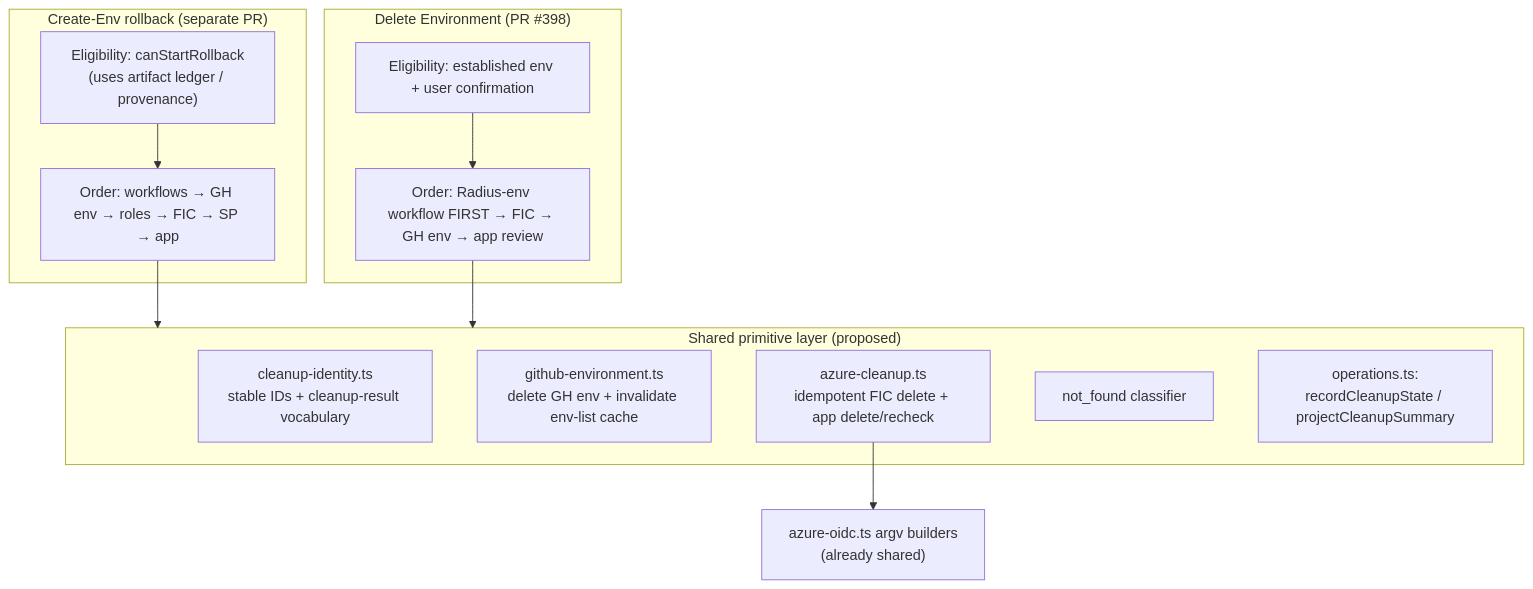
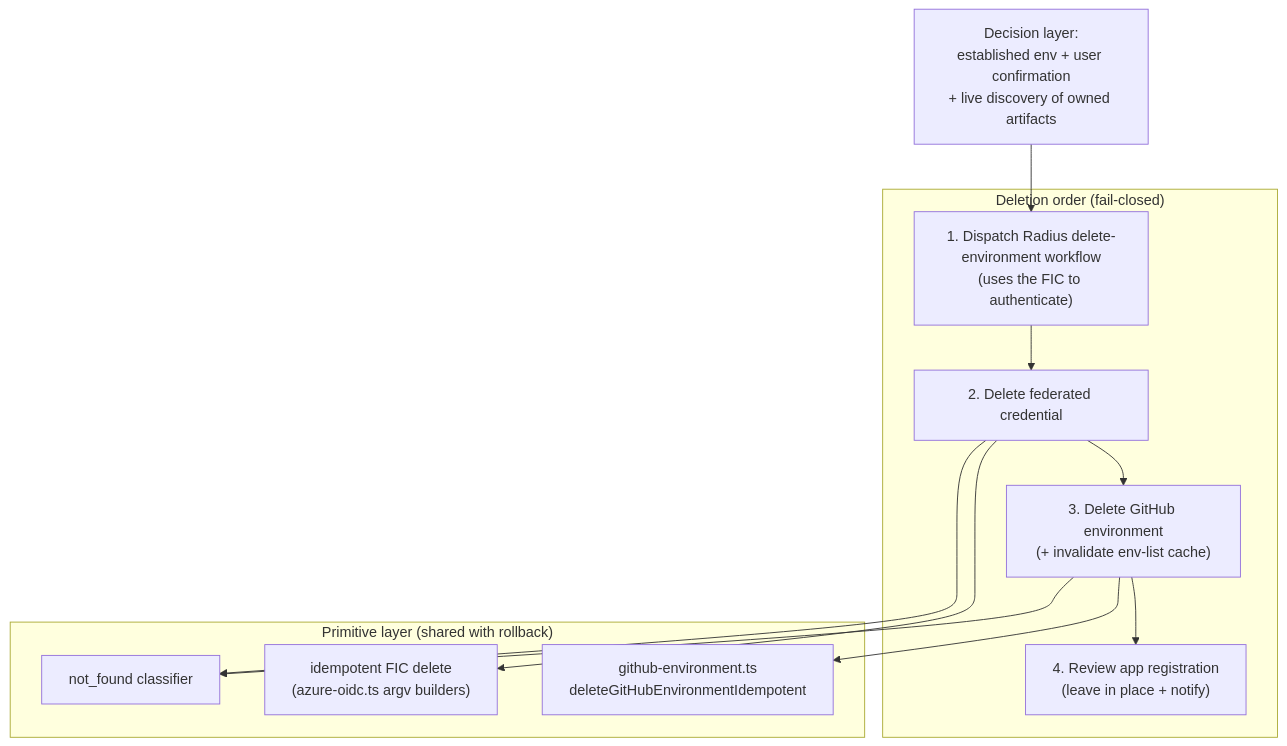
One commit to radius-project/ai-extensions changed the first of 2 diagrams in docs/design/2026-08-shared-cleanup-rollback-delete.md. Above: the diagram before and after it, drawn with Mermaid. The commit also changed other lines of this file and 1 other file, not shown here.

First line of the commit message:
Refocus design doc on delete implementation

````diff
--- a/docs/design/2026-08-shared-cleanup-rollback-delete.md
+++ b/docs/design/2026-08-shared-cleanup-rollback-delete.md
@@ -71,24 +146,20 @@
 ```mermaid
 graph TD
-  subgraph Rollback["Create-Env rollback (separate PR)"]
-    RElig["Eligibility: canStartRollback<br/>(uses artifact ledger / provenance)"]
-    ROrder["Order: workflows → GH env → roles → FIC → SP → app"]
+  Confirm["Decision layer:<br/>established env + user confirmation<br/>+ live discovery of owned artifacts"]
+  subgraph Order["Deletion order (fail-closed)"]
+    S1["1. Dispatch Radius delete-environment workflow<br/>(uses the FIC to authenticate)"]
+    S2["2. Delete federated credential"]
+    S3["3. Delete GitHub environment<br/>(+ invalidate env-list cache)"]
+    S4["4. Review app registration<br/>(leave in place + notify)"]
   end
-
-  subgraph Delete["Delete Environment (PR #398)"]
-    DElig["Eligibility: established env + user confirmation"]
-    DOrder["Order: Radius-env workflow FIRST → FIC → GH env → app review"]
+  subgraph Prim["Primitive layer (shared with rollback)"]
+    GHEnv["github-environment.ts<br/>deleteGitHubEnvironmentIdempotent"]
+    Az["idempotent FIC delete<br/>(azure-oidc.ts argv builders)"]
+    NotFound["not_found classifier"]
   end
-
-  subgraph Shared["Shared primitive layer (proposed)"]
-    Ident["cleanup-identity.ts<br/>stable IDs + cleanup-result vocabulary"]
-    GHEnv["github-environment.ts<br/>delete GH env + invalidate env-list cache"]
-    Az["azure-cleanup.ts<br/>idempotent FIC delete + app delete/recheck"]
-    NotFound["not_found classifier"]
-    Summary["operations.ts:<br/>recordCleanupState / projectCleanupSummary"]
-  end
-
-  RElig --> ROrder --> Shared
-  DElig --> DOrder --> Shared
-  Az --> Builders["azure-oidc.ts argv builders<br/>(already shared)"]
+  Confirm --> S1 --> S2 --> S3 --> S4
+  S2 --> Az
+  S3 --> GHEnv
+  S2 --> NotFound
+  S3 --> NotFound
 ```
````
